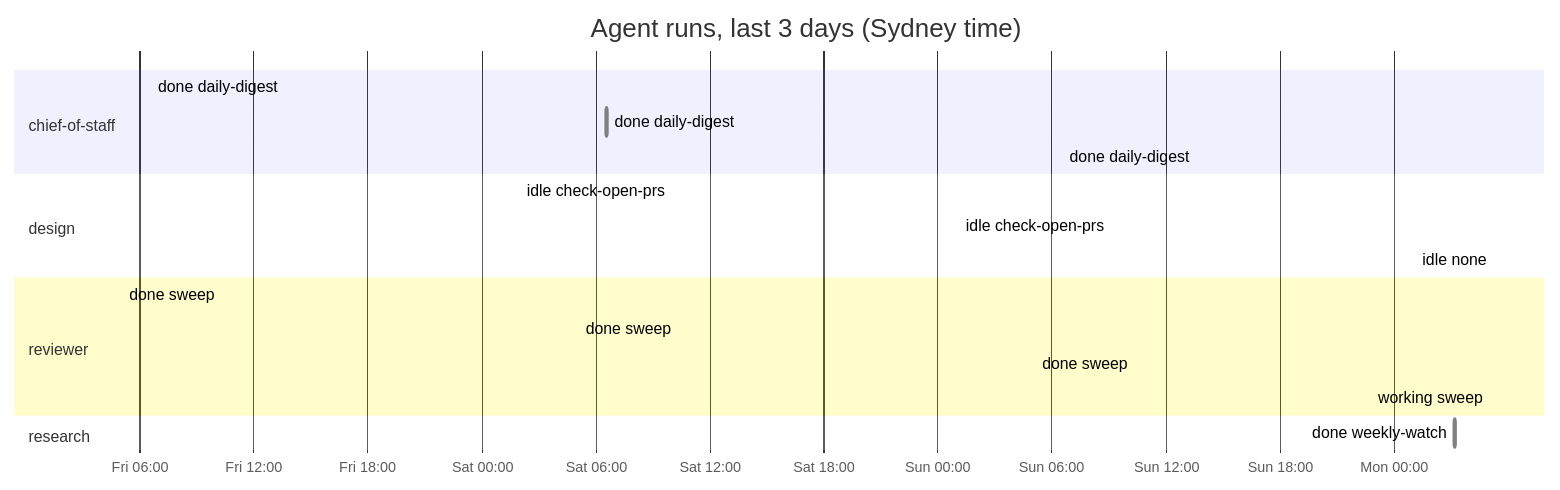
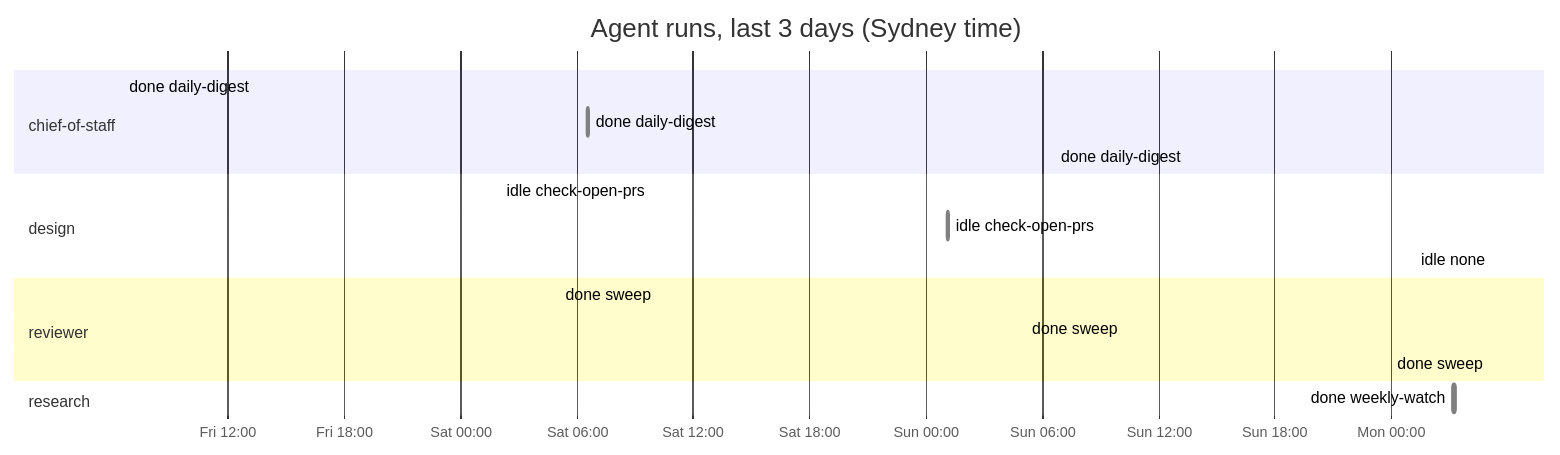
The diagram in dashboard.md (roulmediateam-byte/fifteen-expert-hq), drawn with Mermaid before and after one commit. The commit also changed other lines of this file and 1 other file, not shown here.

````diff
--- a/dashboard.md
+++ b/dashboard.md
@@ -42,21 +42,20 @@
 ```mermaid
 gantt
     title Agent runs, last 3 days (Sydney time)
     dateFormat YYYY-MM-DD HH:mm
     axisFormat %a %H:%M
     section chief-of-staff
     done daily-digest :done, 2026-11-13 06:34, 2026-11-13 06:36
     done daily-digest :done, 2026-11-14 06:35, 2026-11-14 06:36
     done daily-digest :done, 2026-11-15 06:35, 2026-11-15 06:36
     section design
     idle check-open-prs :done, 2026-11-14 02:01, 2026-11-14 02:02
     idle check-open-prs :done, 2026-11-15 01:08, 2026-11-15 01:09
     idle none :done, 2026-11-16 01:08, 2026-11-16 01:08
     section reviewer
-    done sweep :done, 2026-11-13 05:05, 2026-11-13 05:05
     done sweep :done, 2026-11-14 05:05, 2026-11-14 05:06
     done sweep :done, 2026-11-15 05:07, 2026-11-15 05:08
-    working sweep :active, 2026-11-16 05:05, 2026-11-16 05:05
+    done sweep :done, 2026-11-16 05:05, 2026-11-16 05:06
     section research
     done weekly-watch :done, 2026-11-16 03:10, 2026-11-16 03:17
 ```
````
